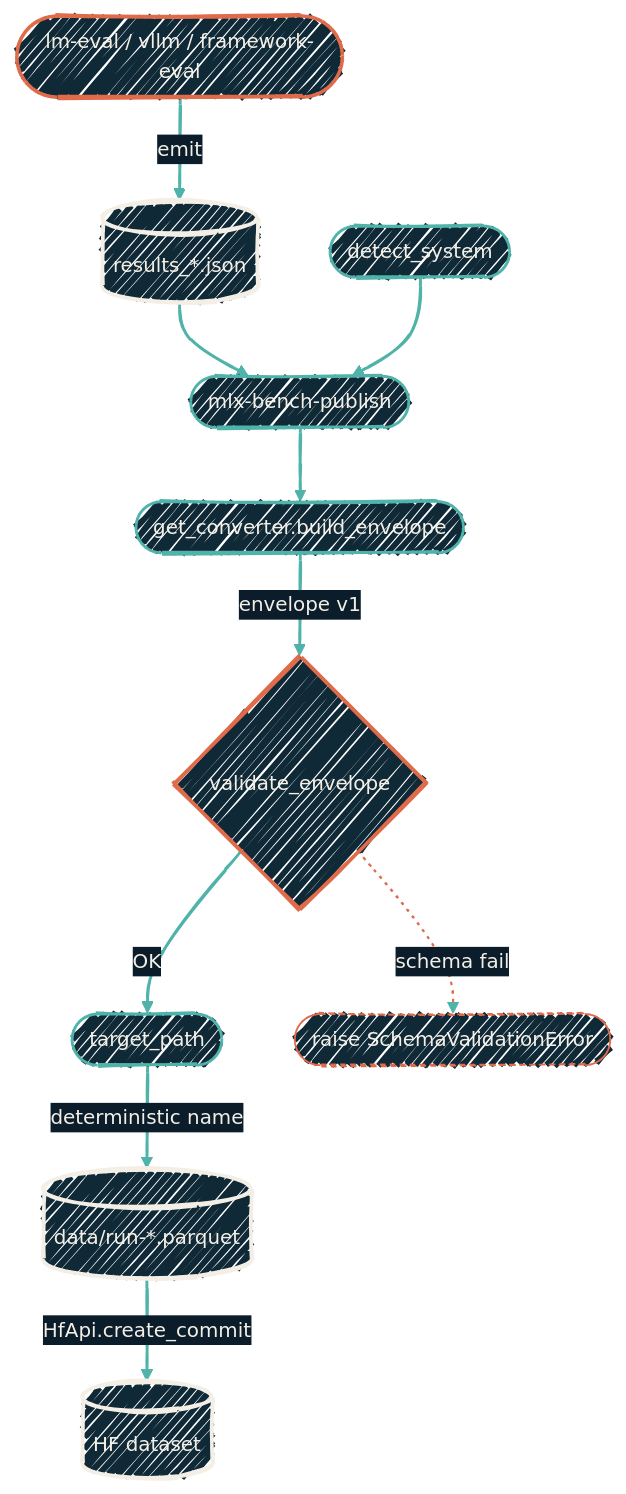
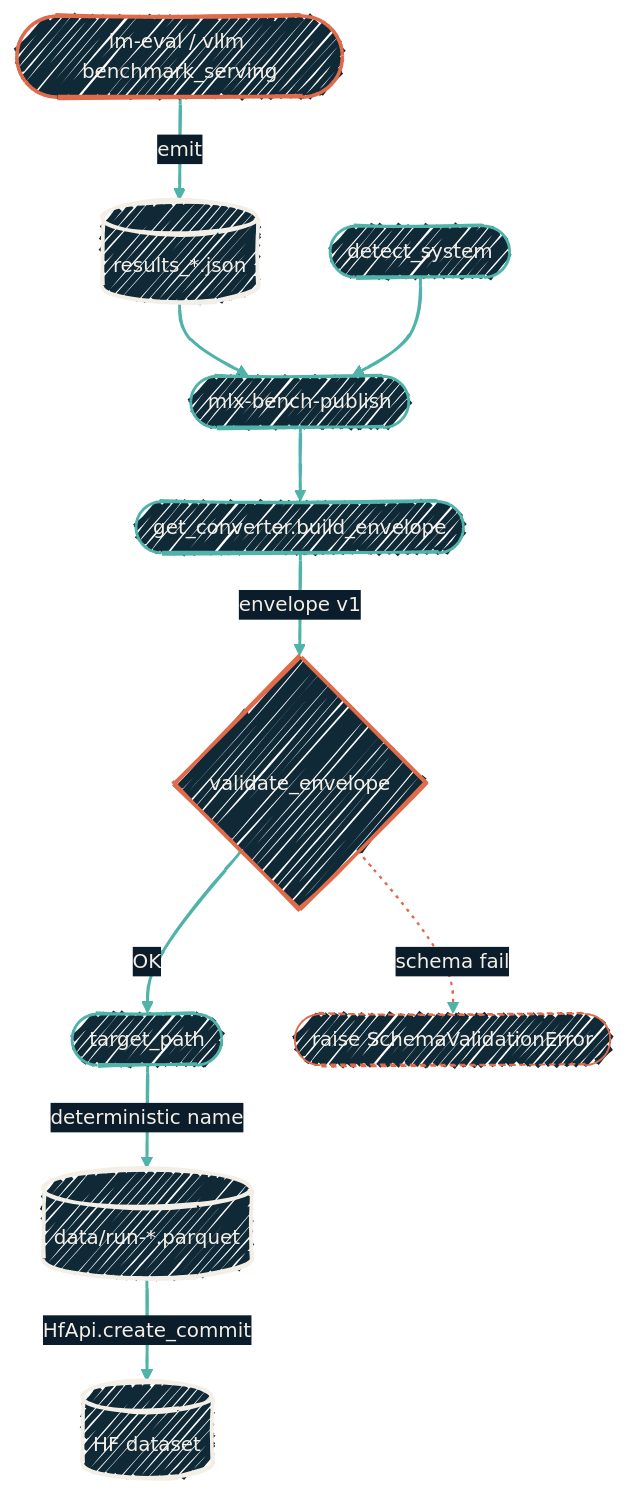
The second of 3 diagrams in docs/architecture.md (JacobPEvans/mlx-benchmarks), drawn with Mermaid before and after one commit. The commit also changed other lines of this file and 36 other files, not shown here.

First line of the commit message:
feat!: simplify to schema/publish core; add cross-machine hostname (#92)

````diff
--- a/docs/architecture.md
+++ b/docs/architecture.md
@@ -102,54 +102,54 @@
 ```mermaid
 %%{init: {
   'theme':'base',
   'look':'handDrawn',
   'themeVariables':{
     'fontFamily':'Geist',
     'fontSize':'14px',
     'primaryColor':'#102937',
     'primaryTextColor':'#F4EFE6',
     'primaryBorderColor':'#4FB3A9',
     'lineColor':'#4FB3A9',
     'secondaryColor':'#0B1D2A',
     'tertiaryColor':'#1A2A38',
     'clusterBkg':'rgba(79,179,169,0.08)',
     'clusterBorder':'#4FB3A9'
   }
 }}%%
 flowchart TD
-  Run([lm-eval / vllm / framework-eval])
+  Run([lm-eval / vllm benchmark_serving])
   Raw[("results_*.json")]
   CLI([mlx-bench-publish])
   Detect([detect_system])
   Convert([get_converter.build_envelope])
   Validate{validate_envelope}
   Target([target_path])
   Parquet[("data/run-*.parquet")]
   HF[(HF dataset)]
   Fail([raise SchemaValidationError])
 
   Run -->|"emit"| Raw
   Raw --> CLI
   Detect --> CLI
   CLI --> Convert
   Convert -->|"envelope v1"| Validate
   Validate -->|"OK"| Target
   Validate -. "schema fail" .-> Fail
   Target -->|"deterministic name"| Parquet
   Parquet -->|"HfApi.create_commit"| HF
 
   classDef source fill:#102937,stroke:#E06B4A,stroke-width:2.5px,color:#F4EFE6;
   classDef stack  fill:#102937,stroke:#4FB3A9,stroke-width:2px,color:#F4EFE6;
   classDef gate   fill:#102937,stroke:#E06B4A,stroke-width:2.5px,color:#F4EFE6;
   classDef store  fill:#102937,stroke:#F4EFE6,stroke-width:2.5px,color:#F4EFE6;
   classDef err fill:#102937,stroke:#E06B4A,stroke-dasharray:4 3,color:#F4EFE6;
 
   class Run source
   class CLI,Convert,Detect,Target stack
   class Validate gate
   class Raw,Parquet,HF store
   class Fail err
 
   linkStyle 0,1,2,3,4,5,7,8 stroke:#4FB3A9,stroke-width:2px;
   linkStyle 6 stroke:#E06B4A,stroke-width:1.5px,stroke-dasharray:2 4;
 ```
````
